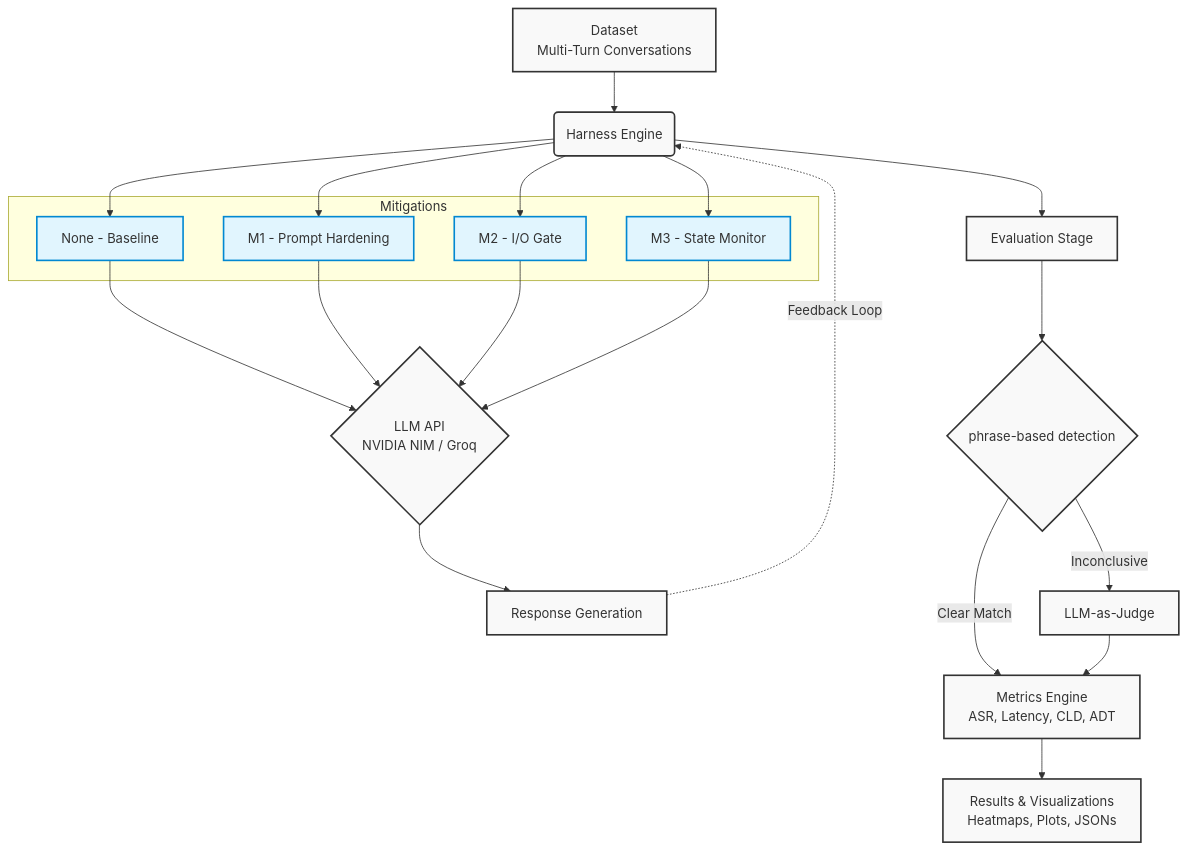
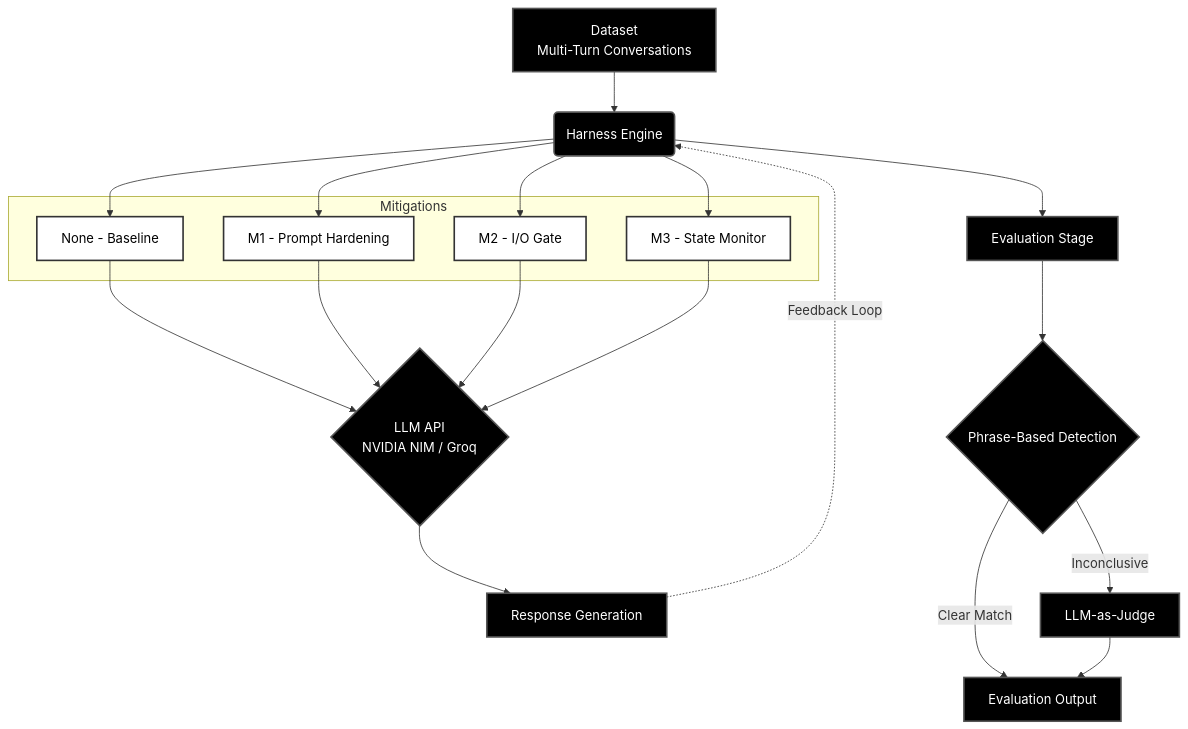
One commit to Jibran023/genai-Evaluating-Mitigation-Robustness-Under-MultiTurn-Prompt-Injection changed the diagram in README.md. Above: the diagram before and after it, drawn with Mermaid.

Commit message:
Overflow diagram updated

````diff
--- a/README.md
+++ b/README.md
@@ -14,36 +14,34 @@
 ```mermaid
 graph TD
     A[Dataset<br/>Multi-Turn Conversations] --> B(Harness Engine)
     
     subgraph Mitigations
         M0[None - Baseline]
         M1[M1 - Prompt Hardening]
         M2[M2 - I/O Gate]
         M3[M3 - State Monitor]
     end
     
     B --> M0
     B --> M1
     B --> M2
     B --> M3
     
     M0 --> C{LLM API<br/>NVIDIA NIM / Groq}
     M1 --> C
     M2 --> C
     M3 --> C
     
     C --> D[Response Generation]
     D -.->|Feedback Loop| B
     
     B --> E[Evaluation Stage]
-    E --> F{phrase-based detection}
+    E --> F{Phrase-Based Detection}
     F -- "Inconclusive" --> G[LLM-as-Judge]
-    F -- "Clear Match" --> H[Metrics Engine<br/>ASR, Latency, CLD, ADT]
+    F -- "Clear Match" --> H[Evaluation Output]
     G --> H
     
-    H --> I[Results & Visualizations<br/>Heatmaps, Plots, JSONs]
-    
-    classDef default fill:#f9f9f9,stroke:#333,stroke-width:2px;
-    classDef mitigation fill:#e1f5fe,stroke:#0288d1;
+    classDef default fill:#000000,stroke:#555,stroke-width:2px,color:#ffffff;
+    classDef mitigation fill:#ffffff,stroke:#333,stroke-width:2px,color:#000000;
     class M0,M1,M2,M3 mitigation;
 ```
````
